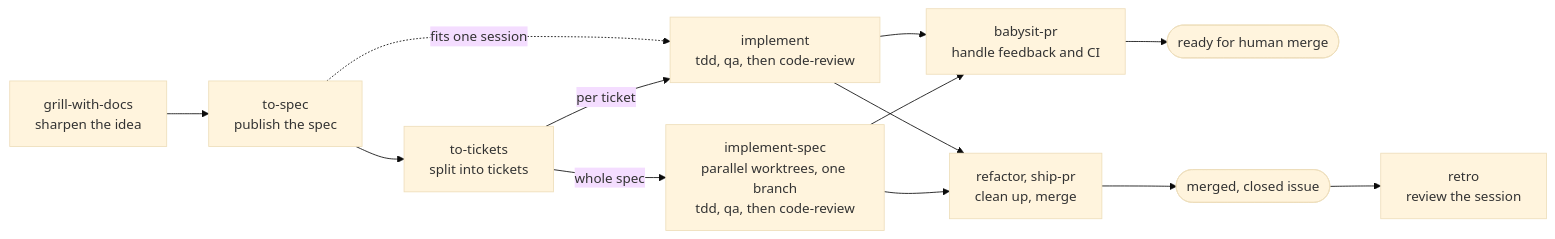
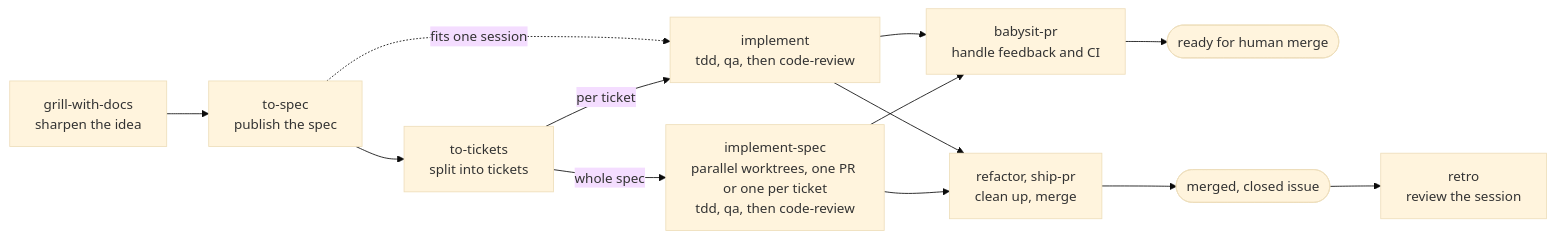
The diagram in README.md (flosrn/supermatt), drawn with Mermaid (base theme) before and after one commit. The commit also changed other lines of this file and 6 other files, not shown here.

First line of the commit message:
feat(implement-spec): add one PR per ticket mode and a fresh merge train conflict check (#85) (#113)

````diff
--- a/README.md
+++ b/README.md
@@ -111,15 +111,15 @@
 ```mermaid
 flowchart LR
   grill["grill-with-docs<br>sharpen the idea"] --> spec["to-spec<br>publish the spec"]
   spec --> tickets["to-tickets<br>split into tickets"]
   spec -. fits one session .-> implement
   tickets -->|per ticket| implement["implement<br>tdd, qa, then code-review"]
-  tickets -->|whole spec| implementSpec["implement-spec<br>parallel worktrees, one branch<br>tdd, qa, then code-review"]
+  tickets -->|whole spec| implementSpec["implement-spec<br>parallel worktrees, one PR or one per ticket<br>tdd, qa, then code-review"]
   implement --> ship["refactor, ship-pr<br>clean up, merge"]
   implementSpec --> ship
   implement --> babysit["babysit-pr<br>handle feedback and CI"]
   implementSpec --> babysit
   babysit --> ready(["ready for human merge"])
   ship --> done(["merged, closed issue"])
   done --> retro["retro<br>review the session"]
 ```
````
